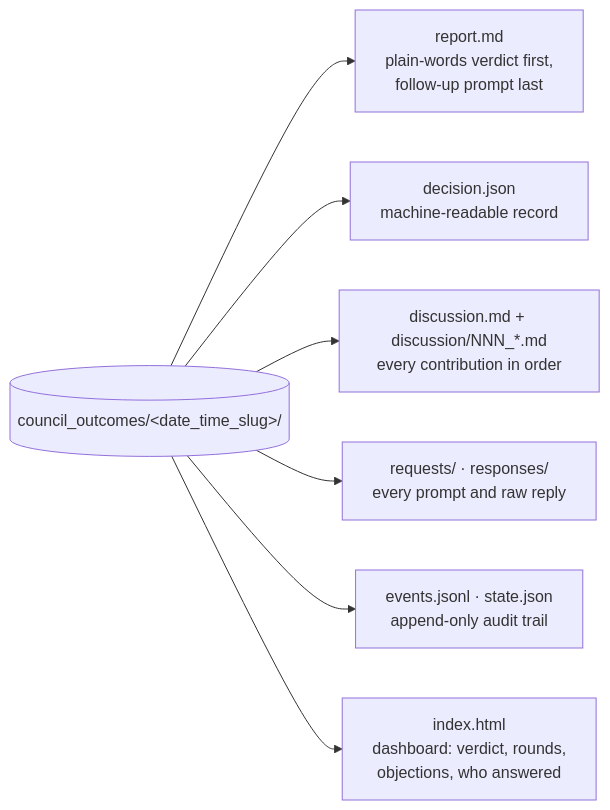
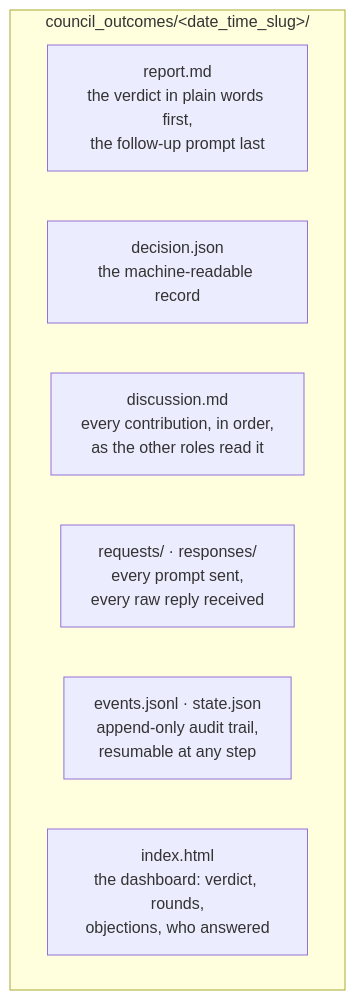
One commit to mbuon/strategy-tribunal changed the fifth of 6 diagrams in README.md. Above: the diagram before and after it, drawn with Mermaid. The commit also changed other lines of this file and 5 other files, not shown here.

````diff
--- a/README.md
+++ b/README.md
@@ -115,9 +115,12 @@
 ```mermaid
-flowchart LR
-    RUN[("council_outcomes/&lt;date_time_slug&gt;/")] --> REP["report.md<br/>plain-words verdict first,<br/>follow-up prompt last"]
-    RUN --> DEC[decision.json<br/>machine-readable record]
-    RUN --> DISC[discussion.md + discussion/NNN_*.md<br/>every contribution in order]
-    RUN --> REQ[requests/ · responses/<br/>every prompt and raw reply]
-    RUN --> EVT[events.jsonl · state.json<br/>append-only audit trail]
-    RUN --> UI[index.html<br/>dashboard: verdict, rounds,<br/>objections, who answered]
+flowchart TB
+    subgraph RUN ["council_outcomes/&lt;date_time_slug&gt;/"]
+        direction LR
+        REP["report.md<br/>the verdict in plain words first,<br/>the follow-up prompt last"]
+        DEC["decision.json<br/>the machine-readable record"]
+        DISC["discussion.md<br/>every contribution, in order,<br/>as the other roles read it"]
+        REQ["requests/ · responses/<br/>every prompt sent,<br/>every raw reply received"]
+        EVT["events.jsonl · state.json<br/>append-only audit trail,<br/>resumable at any step"]
+        UI["index.html<br/>the dashboard: verdict, rounds,<br/>objections, who answered"]
+    end
 ```
````
